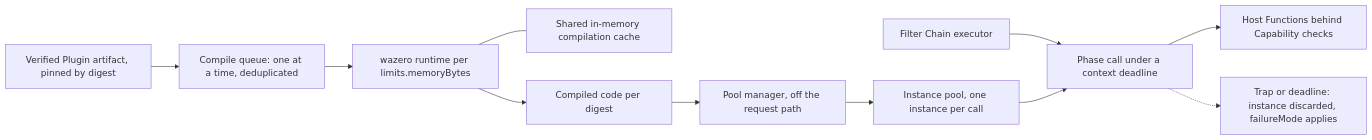
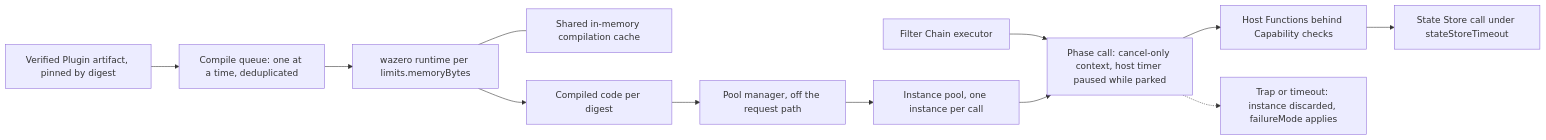
The diagram in docs/adr/0004-wasm-runtime-wazero.md (ravindu-rev/ruralz), drawn with Mermaid before and after one commit. The commit also changed other lines of this file and 24 other files, not shown here.

````diff
--- a/docs/adr/0004-wasm-runtime-wazero.md
+++ b/docs/adr/0004-wasm-runtime-wazero.md
@@ -57,21 +57,23 @@
 ```mermaid
 flowchart LR
   art["Verified Plugin artifact, pinned by digest"]
   q["Compile queue: one at a time, deduplicated"]
   rt["wazero runtime per limits.memoryBytes"]
   cc["Shared in-memory compilation cache"]
   cm["Compiled code per digest"]
   pm["Pool manager, off the request path"]
   pool["Instance pool, one instance per call"]
   fc["Filter Chain executor"]
-  pc["Phase call under a context deadline"]
+  pc["Phase call: cancel-only context, host timer paused while parked"]
   hf["Host Functions behind Capability checks"]
-  flt["Trap or deadline: instance discarded, failureMode applies"]
+  ss["State Store call under stateStoreTimeout"]
+  flt["Trap or timeout: instance discarded, failureMode applies"]
   art --> q --> rt
   rt --- cc
   rt --> cm --> pm --> pool
   fc --> pc
   pool --> pc
   pc --> hf
+  hf --> ss
   pc -.-> flt
 ```
````
